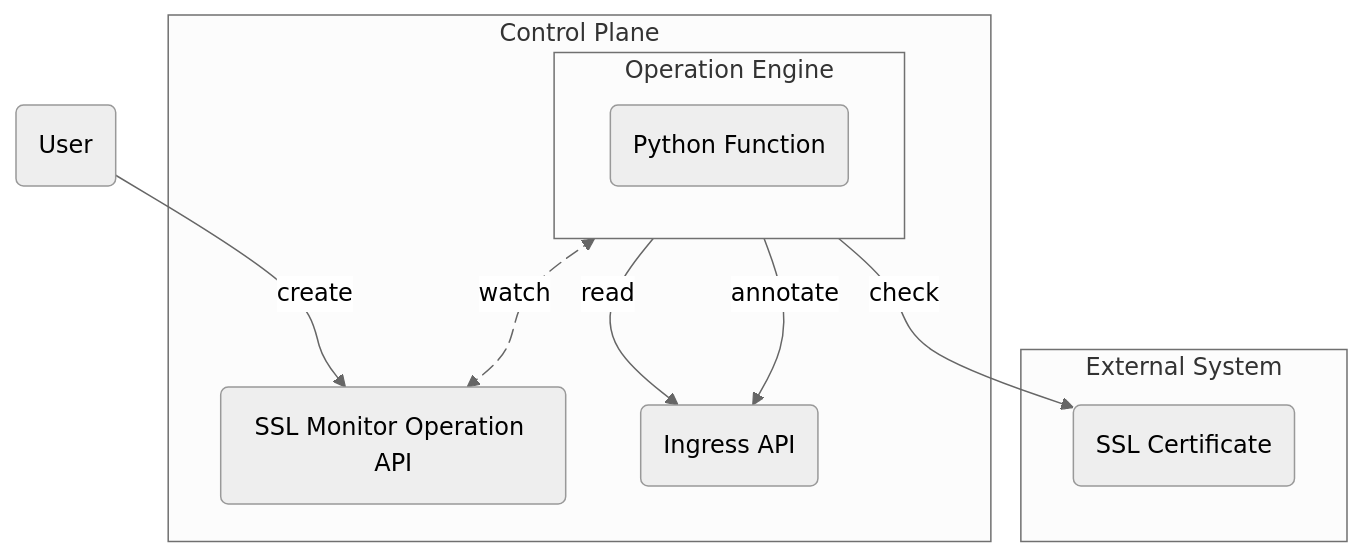
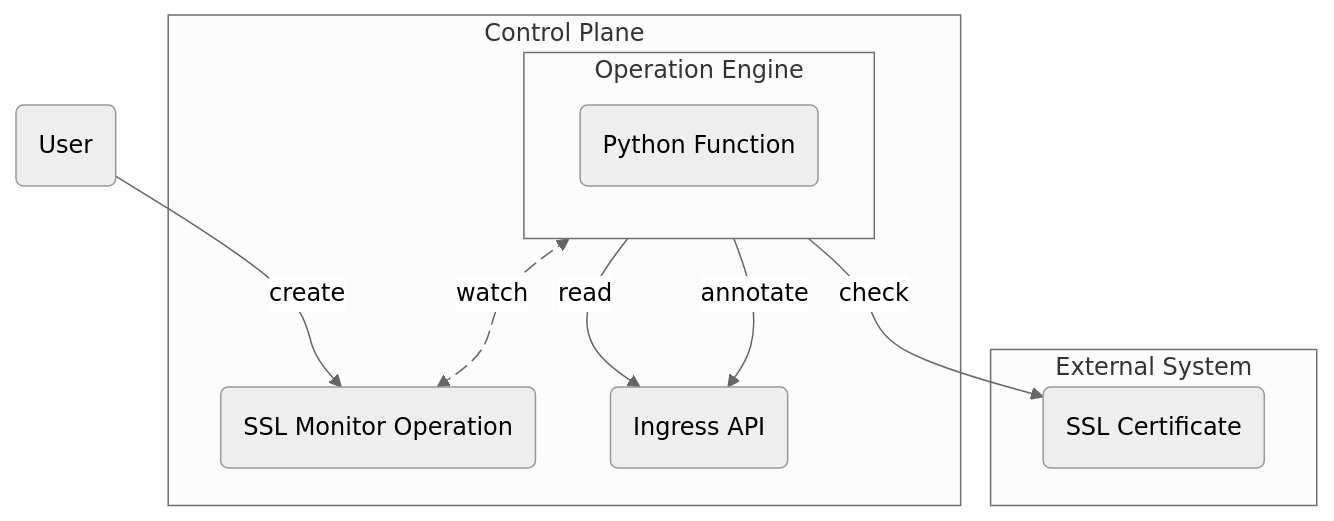
One commit to crossplane/docs changed the fifth of 5 diagrams in content/master/whats-crossplane/_index.md. Above: the diagram before and after it, drawn with Mermaid (neutral theme).

Commit message:
Fix truncated mermaid diagram text
Changed 'SSL Monitor Operation API' to 'SSL Monitor Operation' in the
mermaid diagram to prevent text truncation that was showing as
'SSL Monitor Operation AP' in the rendered output.

````diff
--- a/content/master/whats-crossplane/_index.md
+++ b/content/master/whats-crossplane/_index.md
@@ -240,26 +240,26 @@
 ```mermaid
 flowchart TD
 user(User)
 
 subgraph control [Control Plane]
-  operation(SSL Monitor Operation API)
+  operation(SSL Monitor Operation)
   
   subgraph crossplane [Operation Engine]
     fn(Python Function)
   end
   
   ingress(Ingress API)
 end
 
 subgraph ext [External System]
   cert(SSL Certificate)
 end
 
 user -- create --> operation
 crossplane watch@<-- watch --> operation
 crossplane -- read --> ingress
 crossplane -- check --> cert
 crossplane -- annotate --> ingress
 
 watch@{animate: true}
 ```
````
